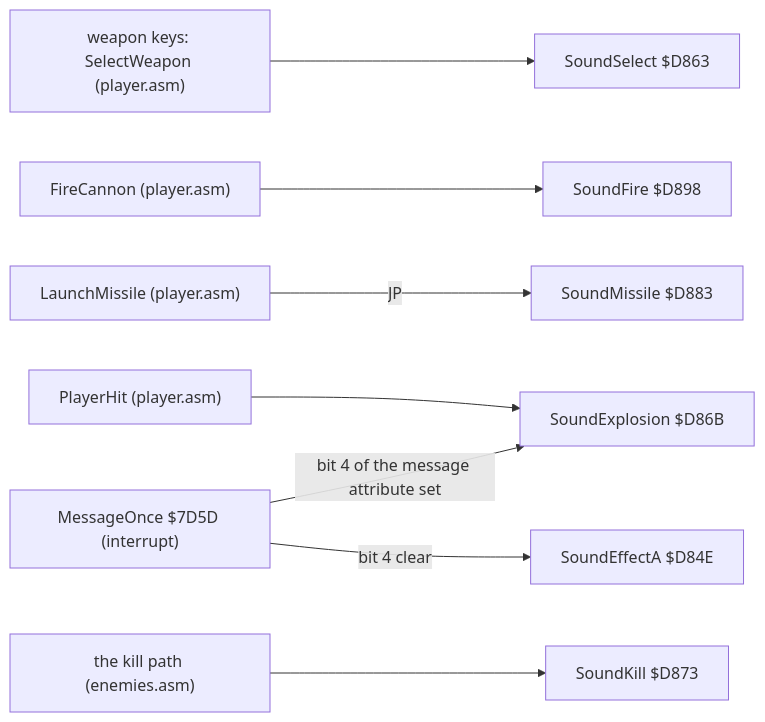
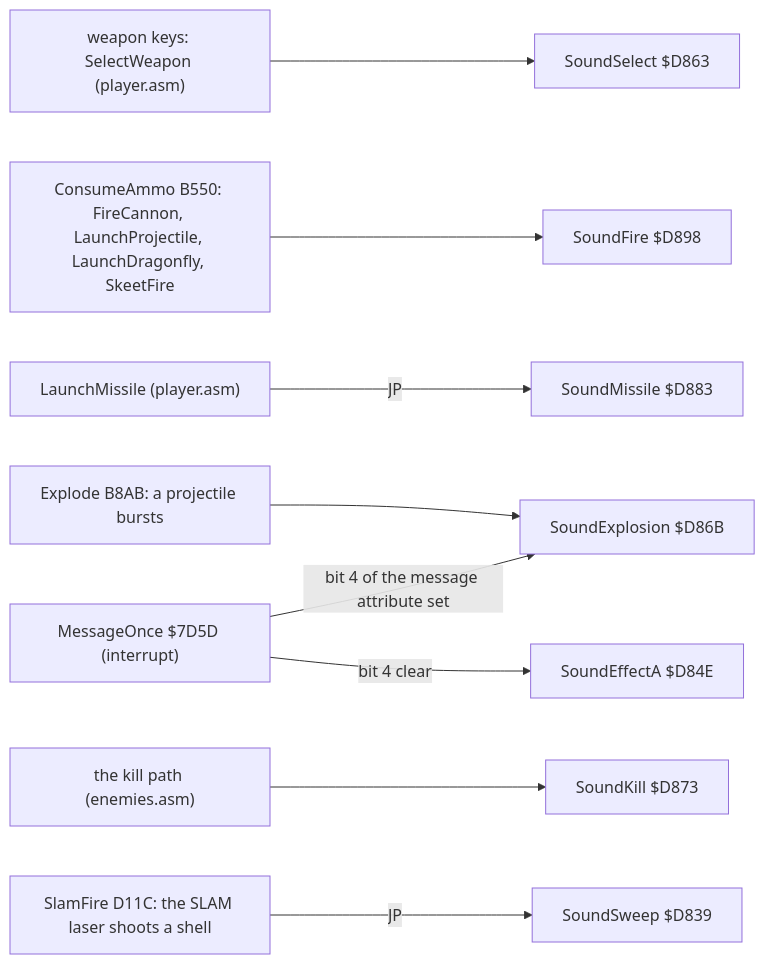
Before and after one commit to alfishe/unrealng-reverse-cases: the third of 5 diagrams in games/battle-command/docs/09-sound.md, drawn with Mermaid. The commit also changed other lines of this file and 46 other files, not shown here.

````diff
--- a/games/battle-command/docs/09-sound.md
+++ b/games/battle-command/docs/09-sound.md
@@ -458,10 +458,11 @@
 ```mermaid
 flowchart LR
     K["weapon keys: SelectWeapon (player.asm)"] --> SEL["SoundSelect $D863"]
-    F["FireCannon (player.asm)"] --> FIRE["SoundFire $D898"]
+    F["ConsumeAmmo B550: FireCannon, LaunchProjectile, LaunchDragonfly, SkeetFire"] --> FIRE["SoundFire $D898"]
     M["LaunchMissile (player.asm)"] -- "JP" --> MIS["SoundMissile $D883"]
-    H["PlayerHit (player.asm)"] --> EXP["SoundExplosion $D86B"]
+    H["Explode B8AB: a projectile bursts"] --> EXP["SoundExplosion $D86B"]
     MO["MessageOnce $7D5D (interrupt)"] -- "bit 4 of the message attribute set" --> EXP
     MO -- "bit 4 clear" --> MSG["SoundEffectA $D84E"]
     E["the kill path (enemies.asm)"] --> KILL["SoundKill $D873"]
+    S["SlamFire D11C: the SLAM laser shoots a shell"] -- "JP" --> SW["SoundSweep $D839"]
 ```
````
